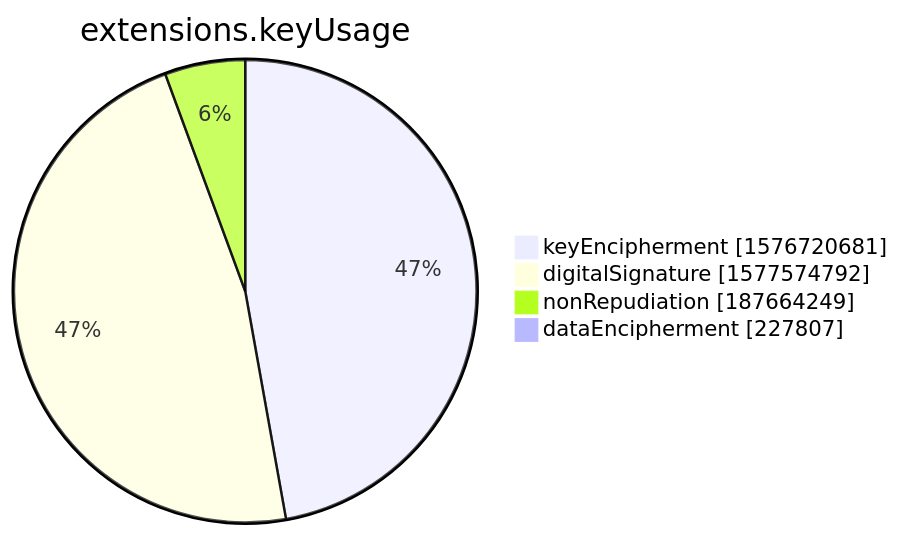
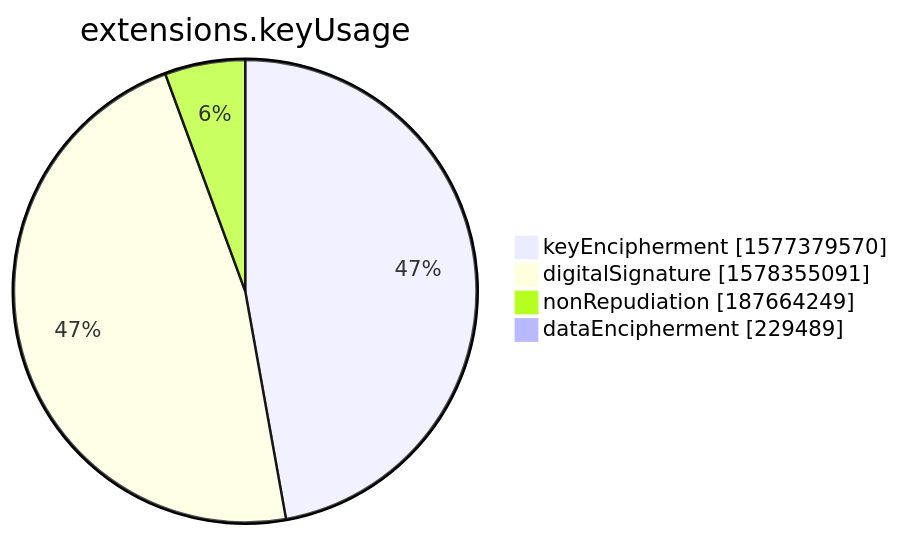
One commit to christiankrug/ctmonitor_visualization changed the seventh of 15 diagrams in xenon2022/README.md. Above: the diagram before and after it, drawn with Mermaid. The commit also changed other lines of this file, not shown here.

````diff
--- a/xenon2022/README.md
+++ b/xenon2022/README.md
@@ -2853,8 +2854,8 @@
 ```mermaid
 pie showData
 title extensions.keyUsage
-"keyEncipherment" :1576720681
-"digitalSignature" :1577574792
+"keyEncipherment" :1577379570
+"digitalSignature" :1578355091
 "nonRepudiation" :187664249
-"dataEncipherment" :227807
+"dataEncipherment" :229489
 ```
````
